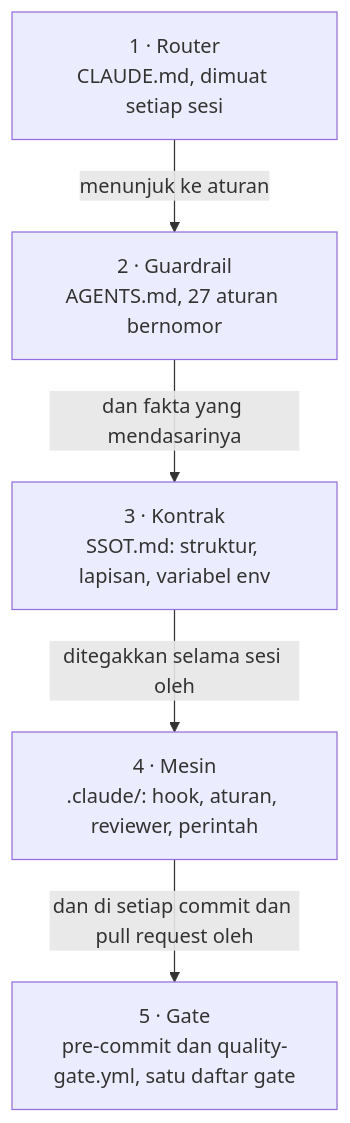
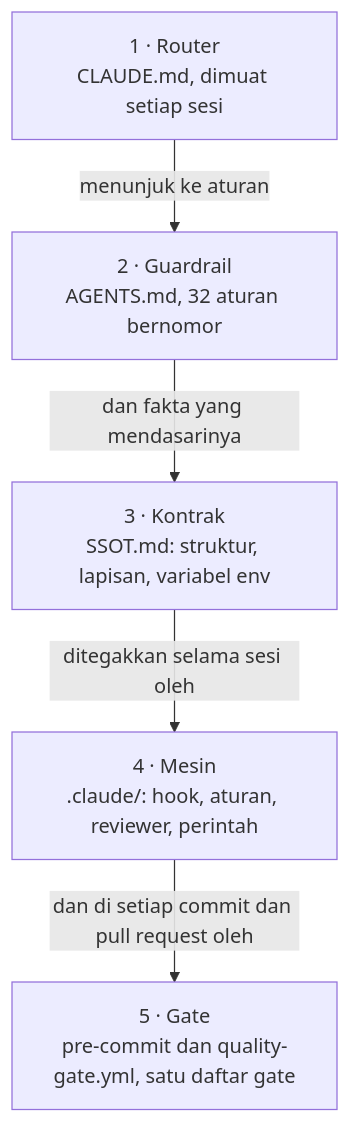
One commit to adhibuchori/ai-agent-config changed the fourth of 4 diagrams in README.id.md. Above: the diagram before and after it, drawn with Mermaid. The commit also changed other lines of this file and 3 other files, not shown here.

````diff
--- a/README.id.md
+++ b/README.id.md
@@ -548,14 +654,14 @@
 ```mermaid
 flowchart TD
     accTitle: Lima lapisan ai-agent-config
     accDescr: CLAUDE.md dimuat setiap sesi dan mengarahkan agen ke AGENTS.md untuk aturan dan ke SSOT.md untuk fakta yang mendasarinya. Folder .claude menegakkannya selama sesi dengan hook, aturan per path, reviewer, dan perintah. Gate menegakkannya lagi di setiap commit lewat pre-commit dan di setiap pull request lewat CI.
     R["1 · Router<br/>CLAUDE.md, dimuat setiap sesi"]
-    G["2 · Guardrail<br/>AGENTS.md, 27 aturan bernomor"]
+    G["2 · Guardrail<br/>AGENTS.md, 32 aturan bernomor"]
     C["3 · Kontrak<br/>SSOT.md: struktur, lapisan, variabel env"]
     M["4 · Mesin<br/>.claude/: hook, aturan, reviewer, perintah"]
     Q["5 · Gate<br/>pre-commit dan quality-gate.yml, satu daftar gate"]
     R -->|menunjuk ke aturan| G
     G -->|dan fakta yang mendasarinya| C
     C -->|ditegakkan selama sesi oleh| M
     M -->|dan di setiap commit dan pull request oleh| Q
 ```
````
